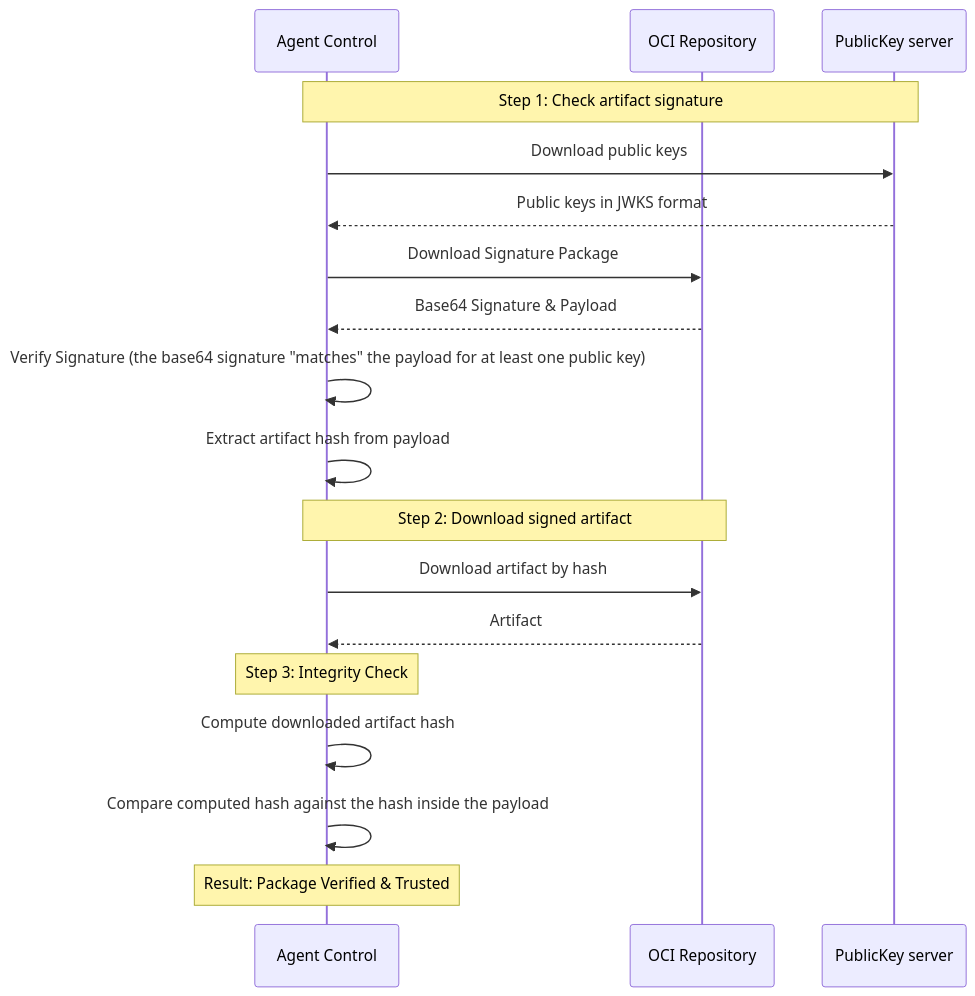
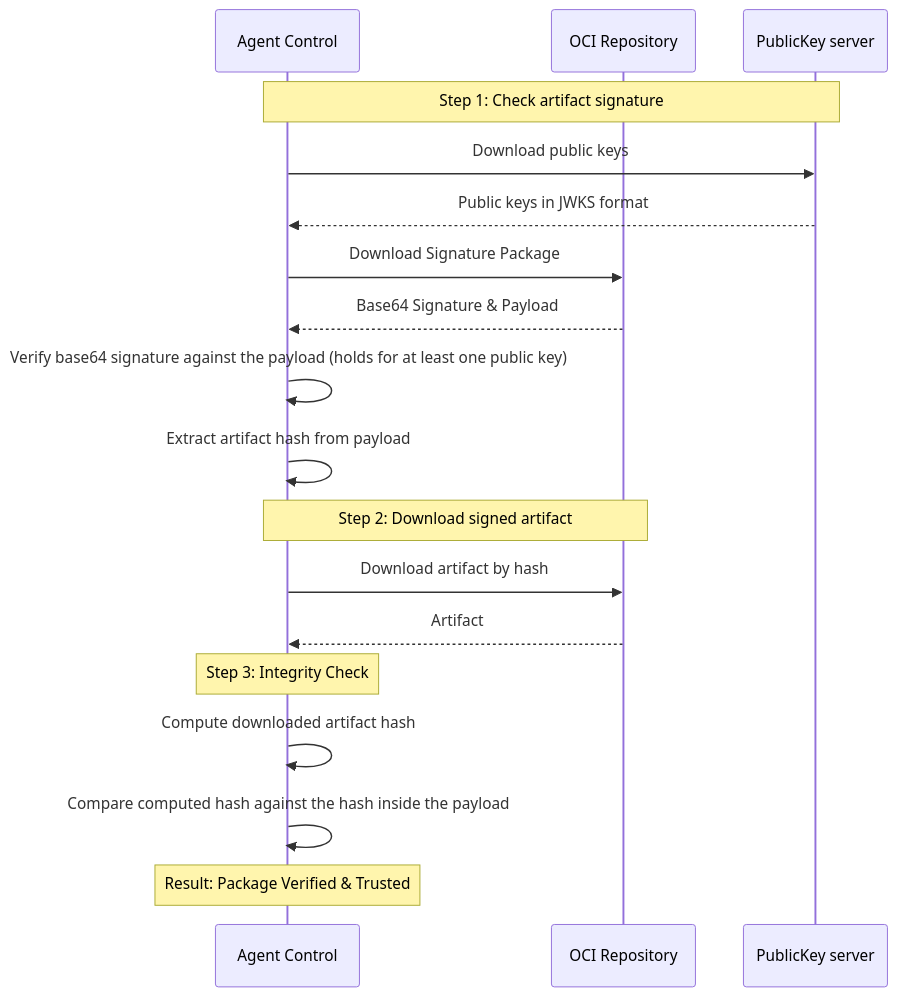
One commit to newrelic/newrelic-agent-control changed the diagram in docs/package_manager.md. Above: the diagram before and after it, drawn with Mermaid. The commit also changed other lines of this file, not shown here.

````diff
--- a/docs/package_manager.md
+++ b/docs/package_manager.md
@@ -168,24 +173,24 @@
 ```mermaid
 sequenceDiagram
     participant AC as Agent Control
     participant OCI as OCI Repository
     participant JWKS as PublicKey server
 
     Note over AC, JWKS: Step 1: Check artifact signature
     AC->>JWKS: Download public keys
     JWKS-->>AC: Public keys in JWKS format
     AC->>OCI: Download Signature Package
     OCI-->>AC: Base64 Signature & Payload
-    AC->>AC: Verify Signature (the base64 signature "matches" the payload for at least one public key)
+    AC->>AC: Verify base64 signature against the payload (holds for at least one public key)
     AC->>AC: Extract artifact hash from payload
 
     Note over AC, OCI: Step 2: Download signed artifact
     AC->>OCI: Download artifact by hash
     OCI-->>AC: Artifact
     
     Note over AC: Step 3: Integrity Check
     AC->>AC: Compute downloaded artifact hash
     AC->>AC: Compare computed hash against the hash inside the payload
 
     Note over AC: Result: Package Verified & Trusted
 ```
````
